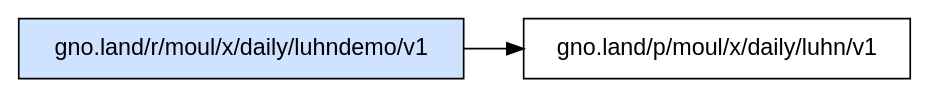
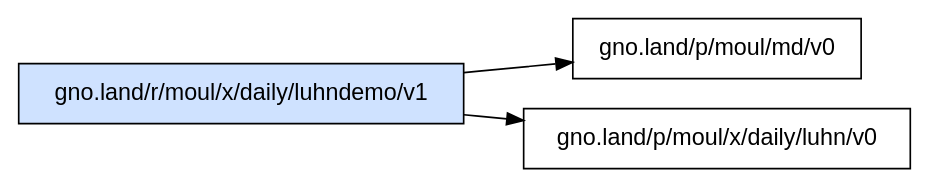
Before and after one commit to moul/gno-contracts: the diagram in _assets/gno.land/r/moul/x/daily/luhndemo/v1/deps.dot, drawn with Graphviz. The commit also changed 44 other files, not shown here.

Commit message:
chore: regenerate catalog, graphs and on-chain status [skip ci]

```diff
--- a/_assets/gno.land/r/moul/x/daily/luhndemo/v1/deps.dot
+++ b/_assets/gno.land/r/moul/x/daily/luhndemo/v1/deps.dot
@@ -1,6 +1,7 @@
 digraph deps {
   rankdir=LR;
   node [shape=box, fontname="sans-serif"];
   "gno.land/r/moul/x/daily/luhndemo/v1" [style=filled, fillcolor="#cfe2ff"];
-  "gno.land/r/moul/x/daily/luhndemo/v1" -> "gno.land/p/moul/x/daily/luhn/v1";
+  "gno.land/r/moul/x/daily/luhndemo/v1" -> "gno.land/p/moul/md/v0";
+  "gno.land/r/moul/x/daily/luhndemo/v1" -> "gno.land/p/moul/x/daily/luhn/v0";
 }
```
